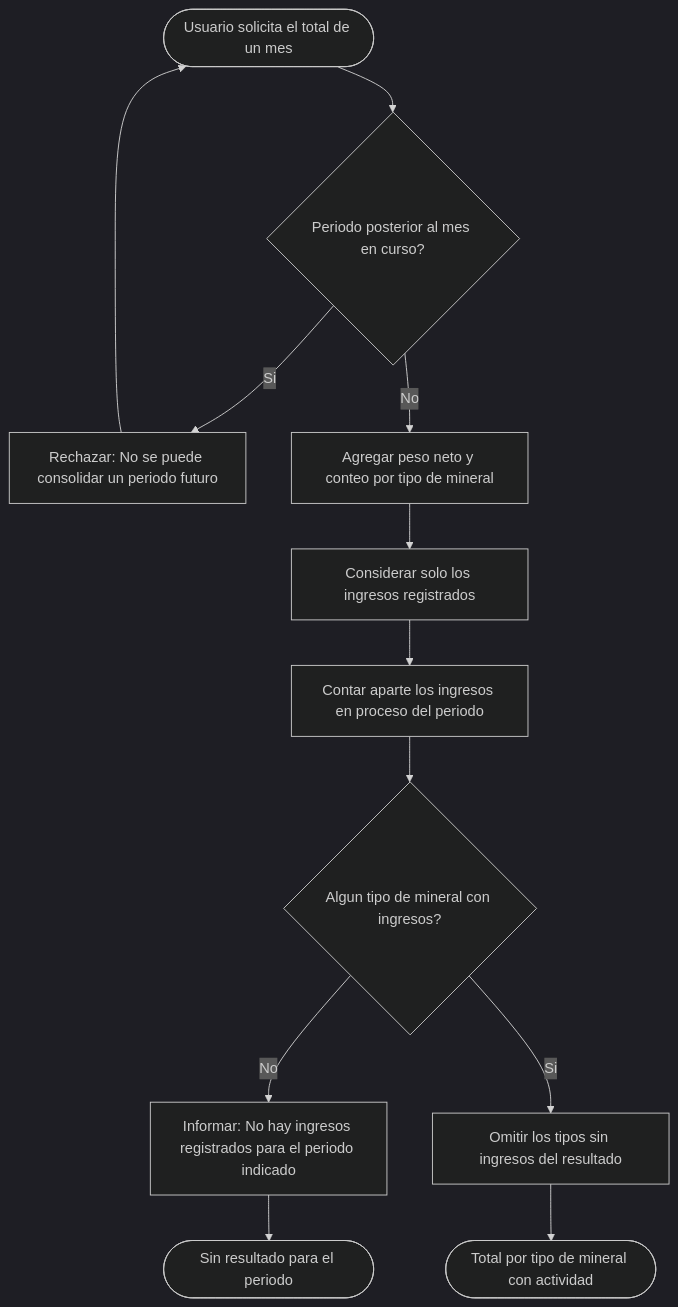
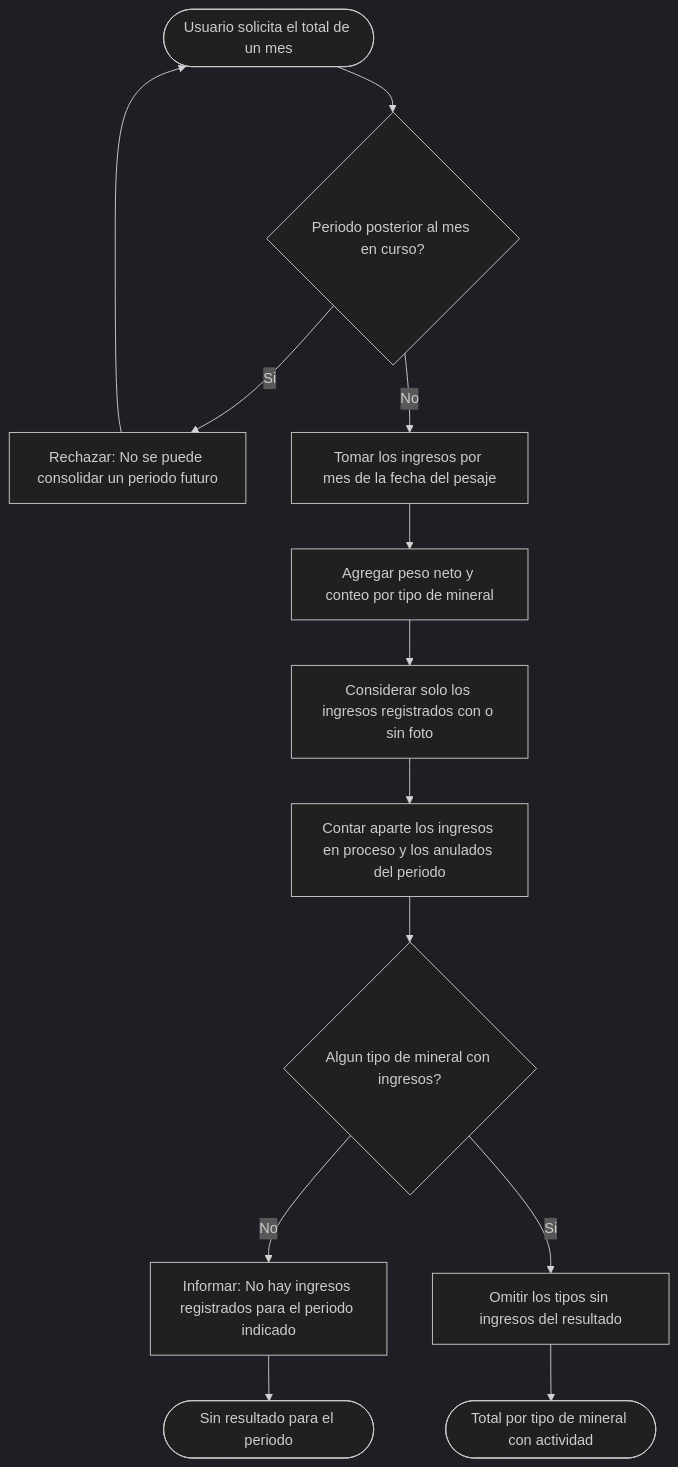
One commit to adlerOmonte1/LogisticaMinera changed the first of 2 diagrams in docs/modulos/M08-consolidacion/diagramas/actividades.md. Above: the diagram before and after it, drawn with Mermaid (dark theme). The commit also changed 4 other files, not shown here.

````diff
--- a/docs/modulos/M08-consolidacion/diagramas/actividades.md
+++ b/docs/modulos/M08-consolidacion/diagramas/actividades.md
@@ -5,14 +5,15 @@
 ```mermaid
 flowchart TD
     I([Usuario solicita el total de un mes]) --> V1{Periodo posterior al mes en curso?}
     V1 -->|Si| E1[Rechazar: No se puede consolidar un periodo futuro]
     E1 --> I
-    V1 -->|No| C1[Agregar peso neto y conteo por tipo de mineral]
-    C1 --> C2[Considerar solo los ingresos registrados]
-    C2 --> C4[Contar aparte los ingresos en proceso del periodo]
+    V1 -->|No| C0[Tomar los ingresos por mes de la fecha del pesaje]
+    C0 --> C1[Agregar peso neto y conteo por tipo de mineral]
+    C1 --> C2[Considerar solo los ingresos registrados con o sin foto]
+    C2 --> C4[Contar aparte los ingresos en proceso y los anulados del periodo]
     C4 --> D1{Algun tipo de mineral con ingresos?}
     D1 -->|No| M1[Informar: No hay ingresos registrados para el periodo indicado]
     M1 --> F1([Sin resultado para el periodo])
     D1 -->|Si| C3[Omitir los tipos sin ingresos del resultado]
     C3 --> F2([Total por tipo de mineral con actividad])
 ```
````
